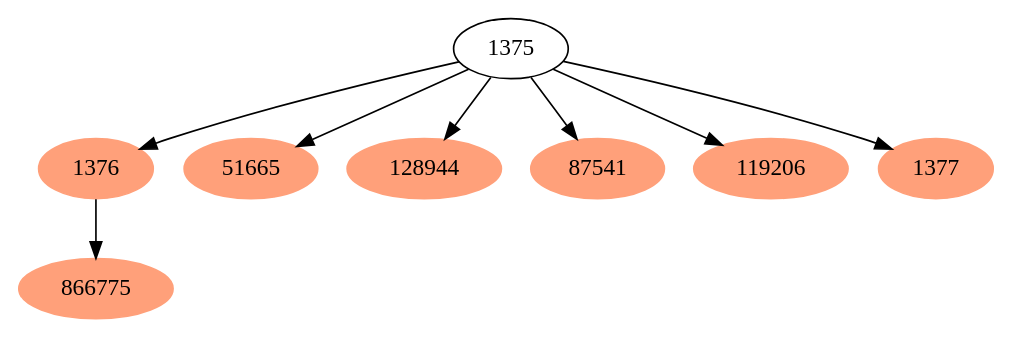
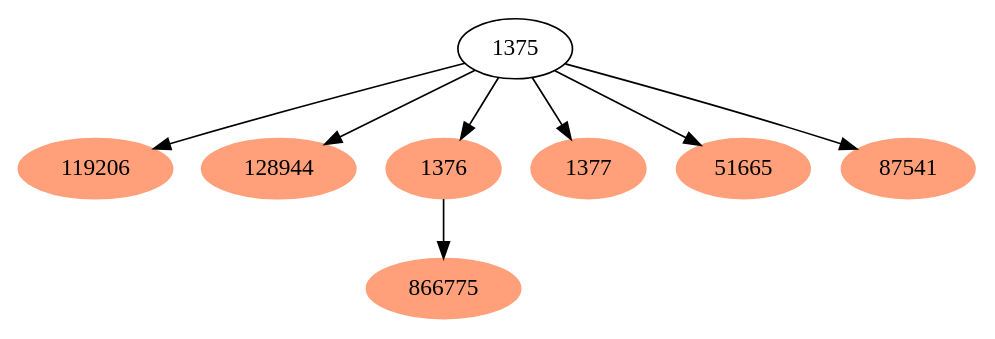
One commit to EvolBioInf/neighbors changed the diagram in tutorial/1375_t_g.dot. Above: the diagram before and after it, drawn with Graphviz. The commit also changed 7 other files, not shown here.

```diff
--- a/tutorial/1375_t_g.dot
+++ b/tutorial/1375_t_g.dot
@@ -1,17 +1,16 @@
 digraph g {
+	119206 [color="lightsalmon",style=filled]
+	128944 [color="lightsalmon",style=filled]
+	1375 -> 119206
+	1375 -> 128944
+	1375 -> 1376
+	1375 -> 1377
+	1375 -> 51665
+	1375 -> 87541
 	1376 -> 866775
+	1376 [color="lightsalmon",style=filled]
+	1377 [color="lightsalmon",style=filled]
+	51665 [color="lightsalmon",style=filled]
 	866775 [color="lightsalmon",style=filled]
-	1376 [color="lightsalmon",style=filled]
-	1375 -> 51665
-	51665 [color="lightsalmon",style=filled]
-	1375 -> 128944
-	128944 [color="lightsalmon",style=filled]
-	1375 -> 87541
 	87541 [color="lightsalmon",style=filled]
-	1375 -> 119206
-	119206 [color="lightsalmon",style=filled]
-	1375 -> 1376
-	1376 [color="lightsalmon",style=filled]
-	1375 -> 1377
-	1377 [color="lightsalmon",style=filled]
 }
```
